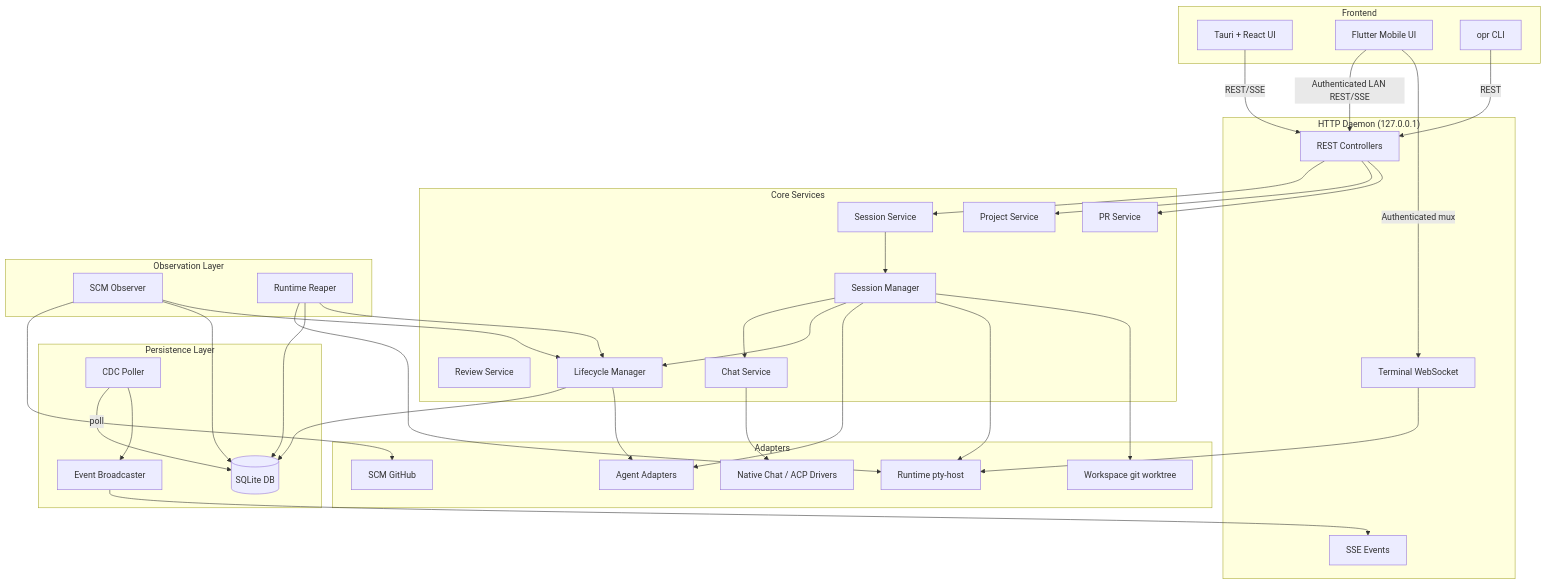
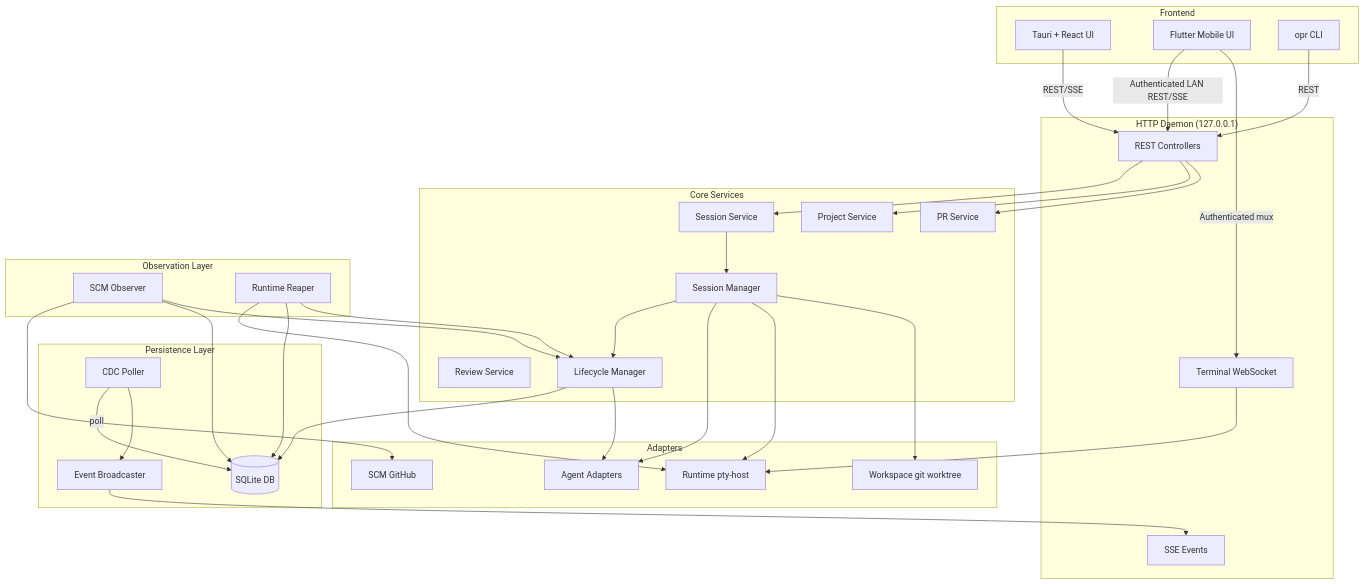
One commit to OmarAly92/Operator changed the second of 23 diagrams in docs/architecture.md. Above: the diagram before and after it, drawn with Mermaid. The commit also changed other lines of this file and 38 other files, not shown here.

````diff
--- a/docs/architecture.md
+++ b/docs/architecture.md
@@ -53,77 +56,73 @@
 ```mermaid
 graph TB
     subgraph Frontend
         FE[Tauri + React UI]
         Mobile[Flutter Mobile UI]
         CLI[opr CLI]
     end
 
     subgraph HTTP["HTTP Daemon (127.0.0.1)"]
         Controllers[REST Controllers]
         SSE[SSE Events]
         Terminal[Terminal WebSocket]
     end
 
     subgraph Core["Core Services"]
         SessionSvc[Session Service]
         ProjectSvc[Project Service]
         PRSvc[PR Service]
         ReviewSvc[Review Service]
         SessionMgr[Session Manager]
-        ChatSvc[Chat Service]
         LCM[Lifecycle Manager]
     end
 
     subgraph Observe["Observation Layer"]
         SCMObserver[SCM Observer]
         Reaper[Runtime Reaper]
     end
 
     subgraph Storage["Persistence Layer"]
         SQLite[(SQLite DB)]
         CDC[CDC Poller]
         Broadcaster[Event Broadcaster]
     end
 
     subgraph Adapters["Adapters"]
         AgentAdapter[Agent Adapters]
         RuntimeAdapter[Runtime pty-host]
-        ChatDriver[Native Chat / ACP Drivers]
         WorkspaceAdapter[Workspace git worktree]
         SCMAdapter[SCM GitHub]
     end
 
     FE -->|REST/SSE| Controllers
     Mobile -->|Authenticated LAN REST/SSE| Controllers
     Mobile -->|Authenticated mux| Terminal
     CLI -->|REST| Controllers
     Controllers --> SessionSvc
     Controllers --> ProjectSvc
     Controllers --> PRSvc
 
     SessionSvc --> SessionMgr
-    SessionMgr --> ChatSvc
     SessionMgr --> LCM
     SessionMgr --> AgentAdapter
     SessionMgr --> RuntimeAdapter
     SessionMgr --> WorkspaceAdapter
-    ChatSvc --> ChatDriver
 
     LCM --> SQLite
     LCM --> AgentAdapter
 
     SCMObserver --> SCMAdapter
     SCMObserver --> SQLite
     SCMObserver --> LCM
 
     Reaper --> RuntimeAdapter
     Reaper --> SQLite
     Reaper --> LCM
 
     CDC -->|poll| SQLite
     CDC --> Broadcaster
     Broadcaster --> SSE
 
     Terminal --> RuntimeAdapter
 
 ```
````
